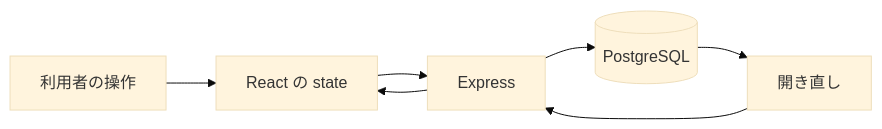
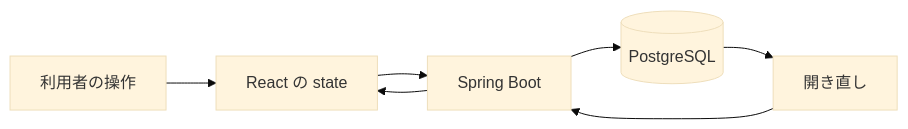
The second of 2 diagrams in ドキュメント/技術スタック.md (pfgnsb/kadai-kanri-board), drawn with Mermaid (base theme) before and after one commit. The commit also changed other lines of this file and 20 other files, not shown here.

Commit message:
API を Spring Boot のひな形で起動できるようにし、関連資料を Express から切り替える

````diff
--- a/ドキュメント/技術スタック.md
+++ b/ドキュメント/技術スタック.md
@@ -151,9 +176,9 @@
 ```mermaid
 flowchart LR
   user[利用者の操作] --> react[React の state]
-  react --> api[Express]
+  react --> api[Spring Boot]
   api --> pg[(PostgreSQL)]
   pg --> reload[開き直し]
   reload --> api
   api --> react
 ```
````
